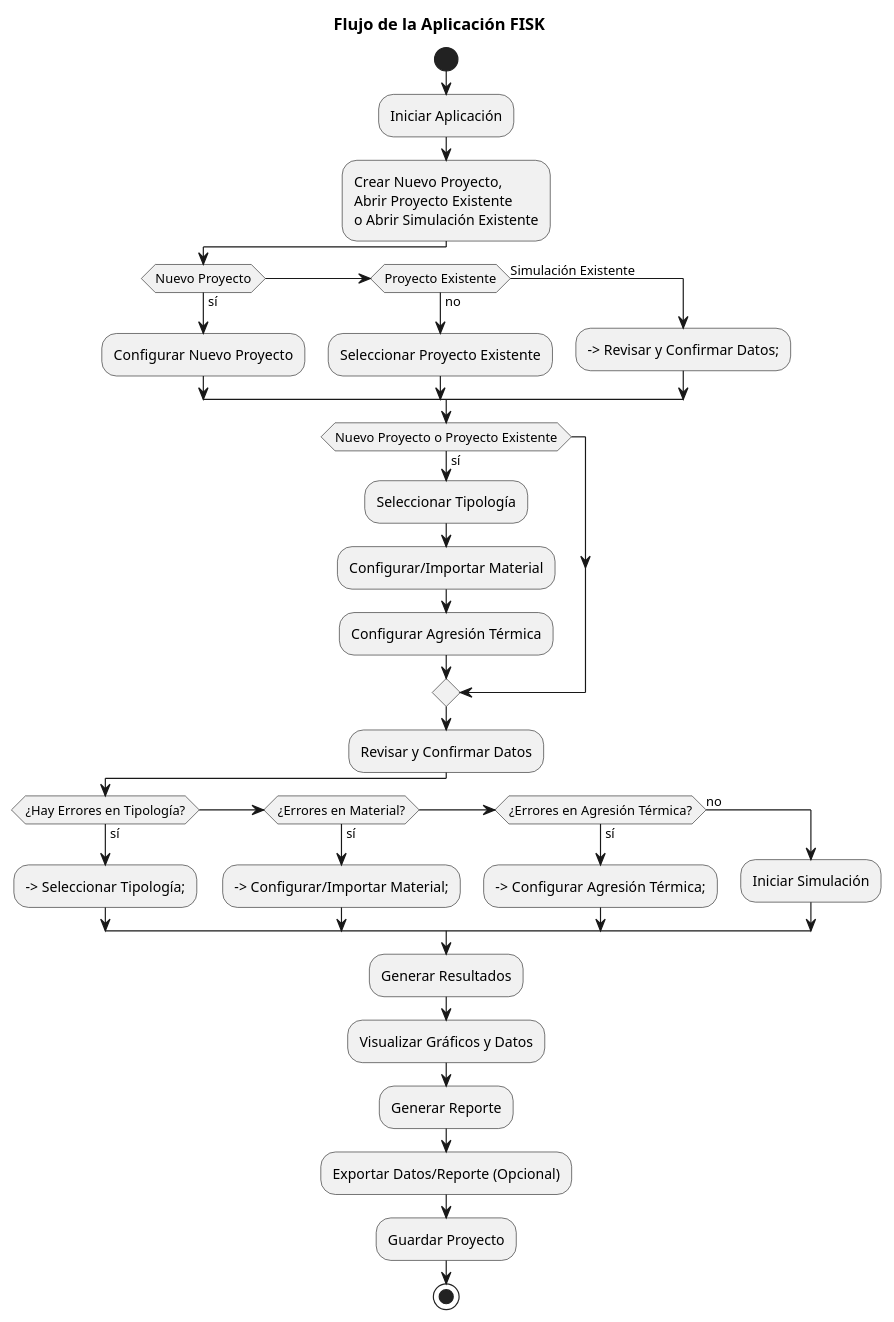
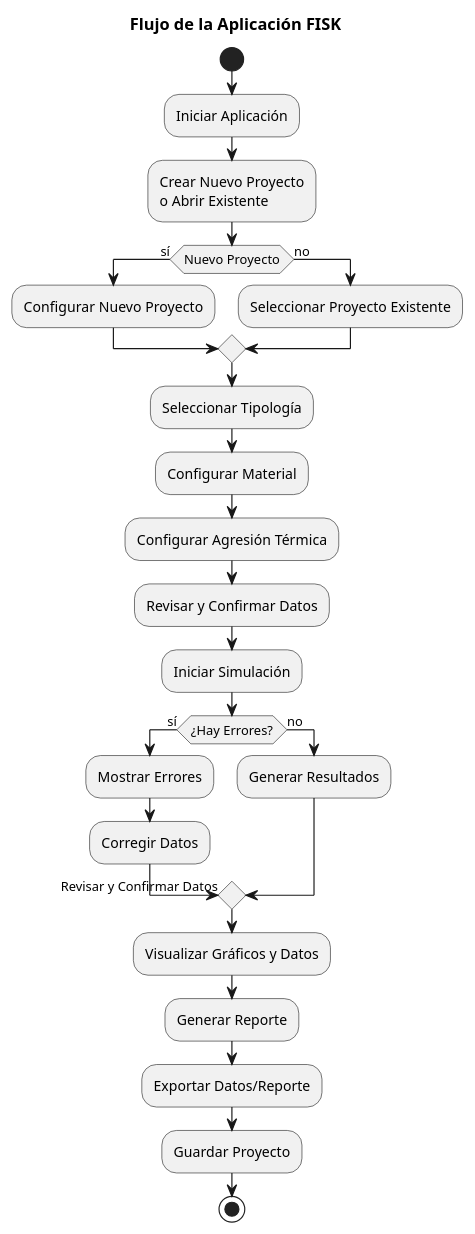
The diagram in modelosUML/diagramaFlujo.puml (mmasias/23-24-IdSw1-SDR), drawn with PlantUML before and after one commit. The commit also changed 1 other file, not shown here.

Commit message:
nueva version diagrama de flujo

```diff
--- a/modelosUML/diagramaFlujo.puml
+++ b/modelosUML/diagramaFlujo.puml
@@ -1,40 +1,34 @@
 @startuml
 title Flujo de la Aplicación FISK
 
 start
 
 :Iniciar Aplicación;
-:Crear Nuevo Proyecto,\nAbrir Proyecto Existente\no Abrir Simulación Existente;
+:Crear Nuevo Proyecto\no Abrir Existente;
 if (Nuevo Proyecto) then (sí)
     :Configurar Nuevo Proyecto;
-elseif (Proyecto Existente) then (no)
+else (no)
     :Seleccionar Proyecto Existente;
-else (Simulación Existente)
-    --> Revisar y Confirmar Datos;
 endif
 
-if (Nuevo Proyecto o Proyecto Existente) then (sí)
-    :Seleccionar Tipología;
-    :Configurar/Importar Material;
-    :Configurar Agresión Térmica;
+:Seleccionar Tipología;
+:Configurar Material;
+:Configurar Agresión Térmica;
+:Revisar y Confirmar Datos;
+:Iniciar Simulación;
+
+if (¿Hay Errores?) then (sí)
+    :Mostrar Errores;
+    :Corregir Datos;
+    -> Revisar y Confirmar Datos;
+else (no)
+    :Generar Resultados;
 endif
 
-:Revisar y Confirmar Datos;
-if (¿Hay Errores en Tipología?) then (sí)
-    --> Seleccionar Tipología;
-elseif (¿Errores en Material?) then (sí)
-    --> Configurar/Importar Material;
-elseif (¿Errores en Agresión Térmica?) then (sí)
-    --> Configurar Agresión Térmica;
-else (no)
-    :Iniciar Simulación;
-endif
-
-:Generar Resultados;
 :Visualizar Gráficos y Datos;
 :Generar Reporte;
-:Exportar Datos/Reporte (Opcional);
+:Exportar Datos/Reporte;
 :Guardar Proyecto;
 stop
 
 @enduml
```
